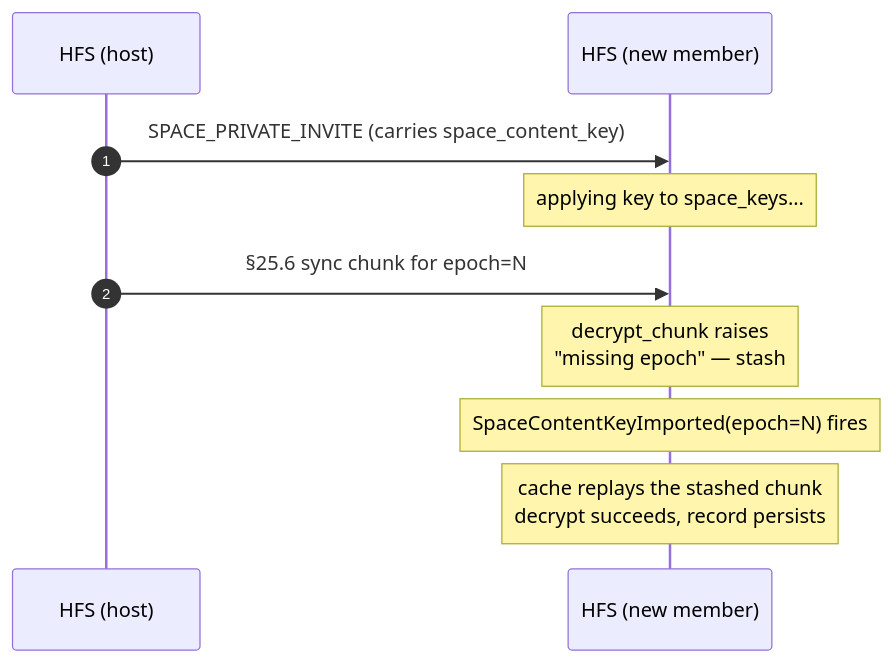
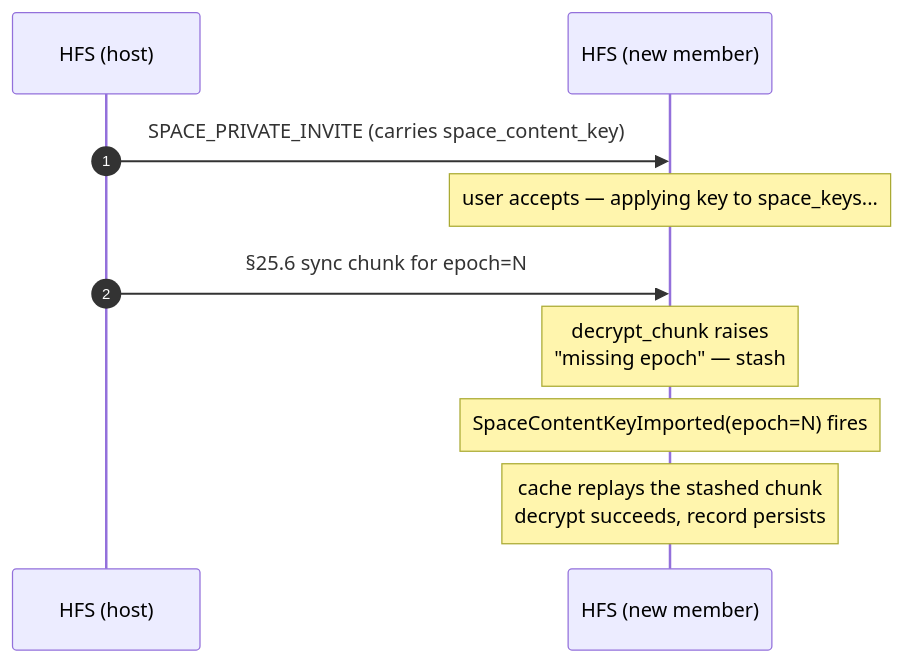
Before and after one commit to social-home-io/socialhome: the sixth of 21 diagrams in docs/protocol/spaces.md, drawn with Mermaid. The commit also changed other lines of this file and 23 other files, not shown here.

First line of the commit message:
An invitation seats nothing until the user accepts it

````diff
--- a/docs/protocol/spaces.md
+++ b/docs/protocol/spaces.md
@@ -1343,12 +1343,12 @@
 ```mermaid
 sequenceDiagram
     autonumber
     participant H as HFS (host)
     participant N as HFS (new member)
     H->>N: SPACE_PRIVATE_INVITE (carries space_content_key)
-    Note over N: applying key to space_keys...
+    Note over N: user accepts — applying key to space_keys...
     H->>N: §25.6 sync chunk for epoch=N
     Note over N: decrypt_chunk raises<br/>"missing epoch" — stash
     Note over N: SpaceContentKeyImported(epoch=N) fires
     Note over N: cache replays the stashed chunk<br/>decrypt succeeds, record persists
 ```
````
